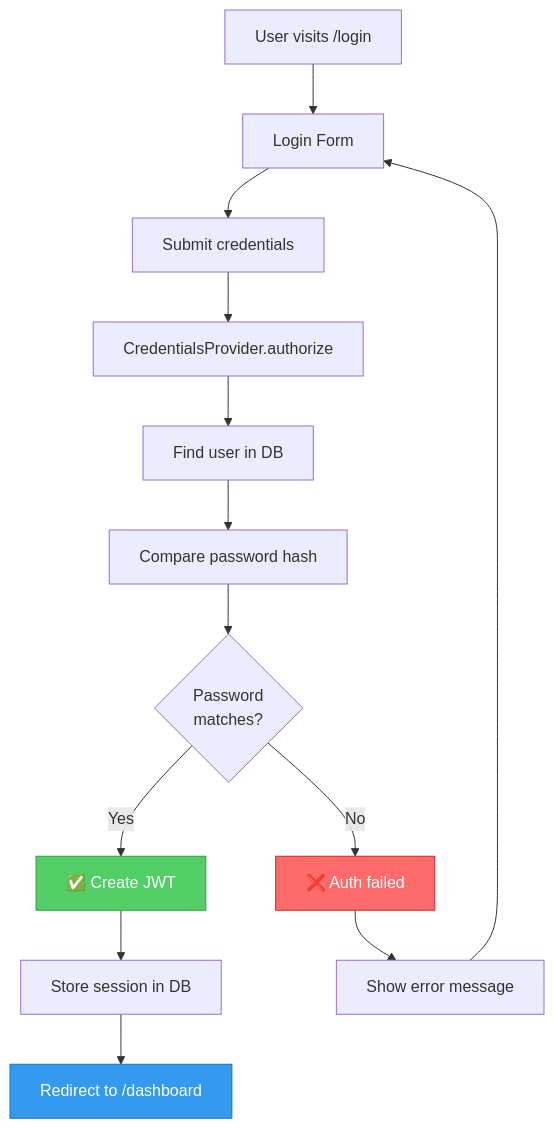
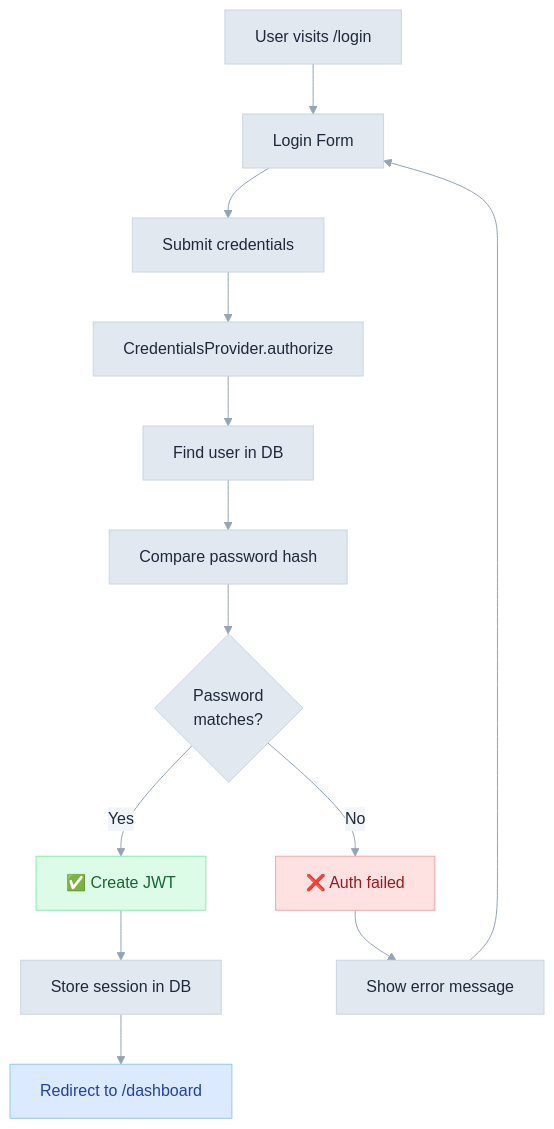
One commit to 3DHDSoft/devmultiplier-academy changed the second of 5 diagrams in doc/authentication-guide.md. Above: the diagram before and after it, drawn with Mermaid. The commit also changed other lines of this file and 19 other files, not shown here.

````diff
--- a/doc/authentication-guide.md
+++ b/doc/authentication-guide.md
@@ -45,22 +55,32 @@
 ```mermaid
-graph TD
+%%{init: {'theme': 'base', 'themeVariables': {
+  'primaryColor': '#e2e8f0',
+  'primaryTextColor': '#1e293b',
+  'primaryBorderColor': '#cbd5e1',
+  'lineColor': '#94a3b8',
+  'secondaryColor': '#f1f5f9',
+  'tertiaryColor': '#f8fafc',
+  'background': '#ffffff',
+  'textColor': '#334155',
+  'fontFamily': 'system-ui, -apple-system, sans-serif'
+}}}%%graph TD
     Start["User visits /login"] --> Form["Login Form"]
     Form --> Submit["Submit credentials"]
     Submit --> Validate["CredentialsProvider.authorize"]
 
     Validate --> FindUser["Find user in DB"]
     FindUser --> Hash["Compare password hash"]
 
     Hash --> Match{Password<br/>matches?}
     Match -->|No| Fail["❌ Auth failed"]
     Match -->|Yes| Success["✅ Create JWT"]
 
     Success --> Session["Store session in DB"]
     Session --> Redirect["Redirect to /dashboard"]
     Fail --> Error["Show error message"]
     Error --> Form
 
-    style Success fill:#51cf66,stroke:#2f9e44,color:#fff
-    style Fail fill:#ff6b6b,stroke:#c92a2a,color:#fff
-    style Redirect fill:#339af0,stroke:#1971c2,color:#fff
+    style Success fill:#dcfce7,stroke:#86efac,color:#166534
+    style Fail fill:#fee2e2,stroke:#fca5a5,color:#991b1b
+    style Redirect fill:#dbeafe,stroke:#93c5fd,color:#1e40af
 ```
````
